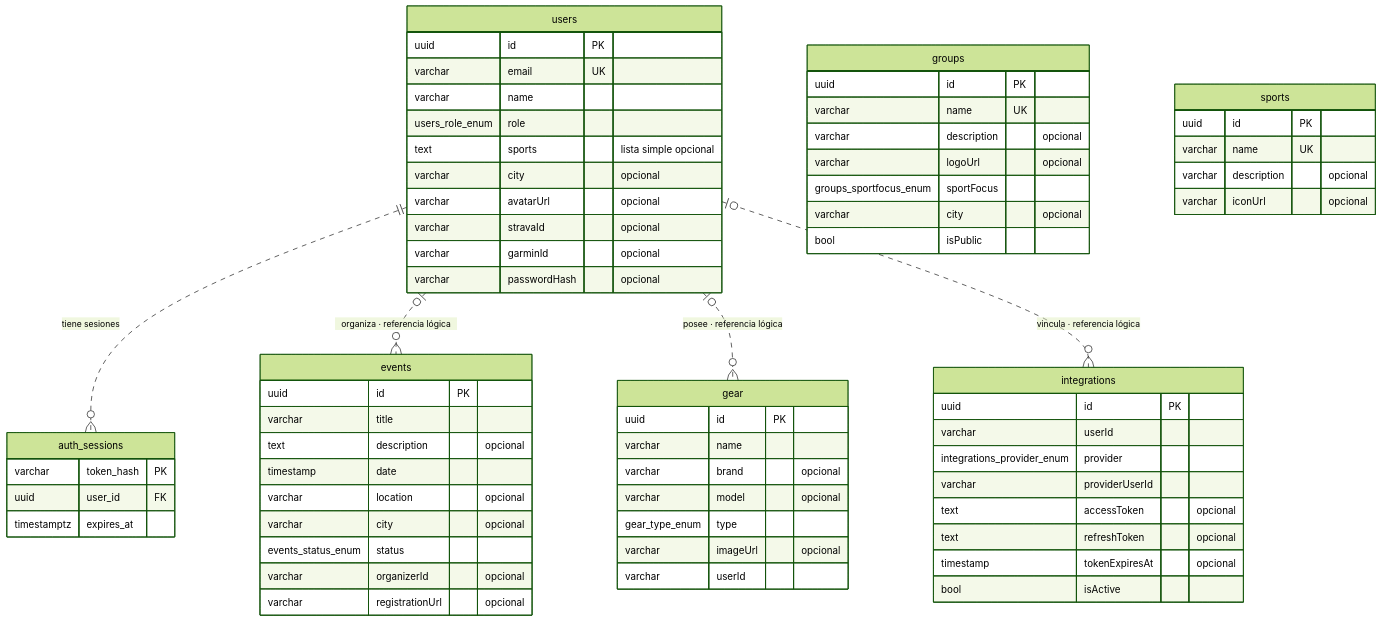
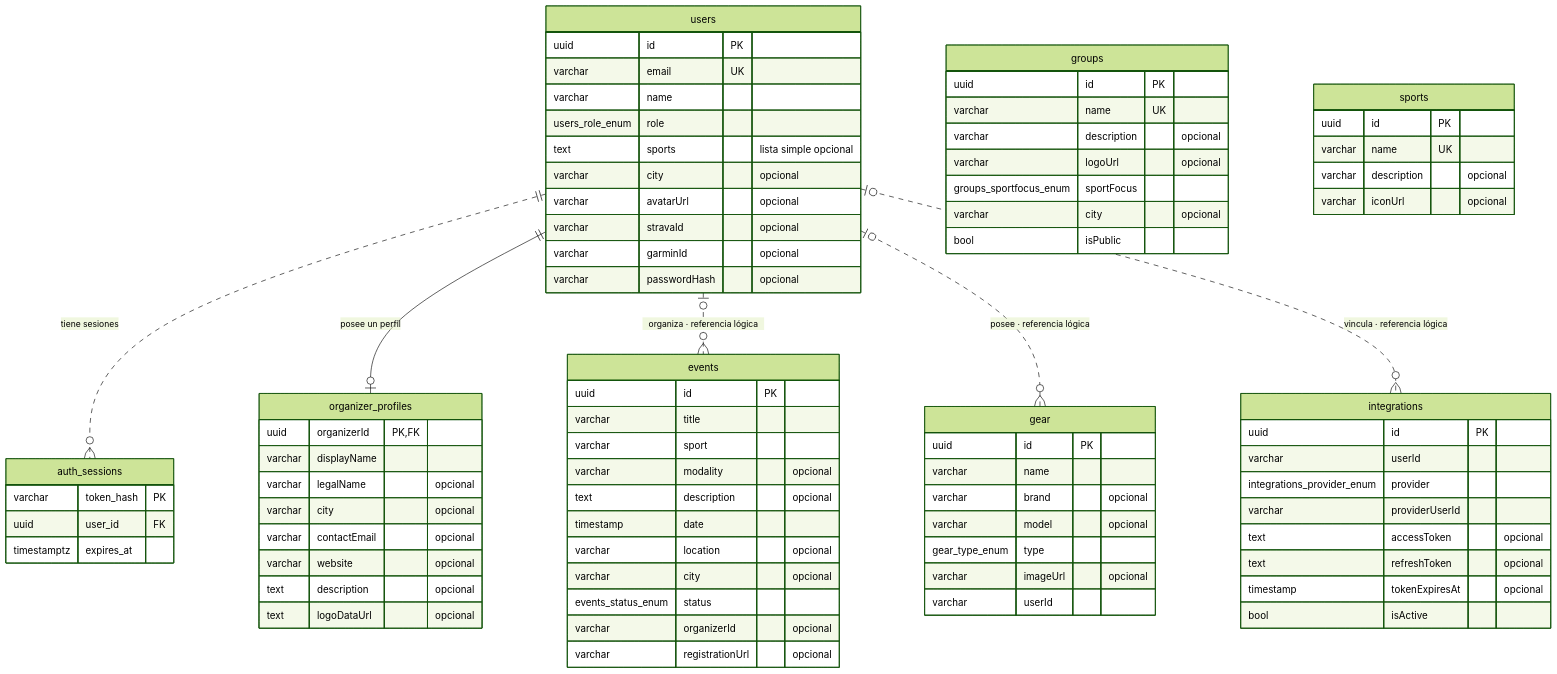
One commit to cliffdaniel/minka-platform changed the diagram in docs/diagramas/recursos/base-de-datos.mmd. Above: the diagram before and after it, drawn with Mermaid (forest theme). The commit also changed 5 other files, not shown here.

Commit message:
feat: integrate sports events and organizer profiles

```diff
--- a/docs/diagramas/recursos/base-de-datos.mmd
+++ b/docs/diagramas/recursos/base-de-datos.mmd
@@ -1,74 +1,88 @@
 erDiagram
     users ||..o{ auth_sessions : "tiene sesiones"
+    users ||--o| organizer_profiles : "posee un perfil"
     users |o..o{ events : "organiza · referencia lógica"
     users |o..o{ gear : "posee · referencia lógica"
     users |o..o{ integrations : "vincula · referencia lógica"
 
     users {
         uuid id PK
         varchar email UK
         varchar name
         users_role_enum role
         text sports "lista simple opcional"
         varchar city "opcional"
         varchar avatarUrl "opcional"
         varchar stravaId "opcional"
         varchar garminId "opcional"
         varchar passwordHash "opcional"
     }
 
     auth_sessions {
         varchar token_hash PK
         uuid user_id FK
         timestamptz expires_at
     }
 
+    organizer_profiles {
+        uuid organizerId PK,FK
+        varchar displayName
+        varchar legalName "opcional"
+        varchar city "opcional"
+        varchar contactEmail "opcional"
+        varchar website "opcional"
+        text description "opcional"
+        text logoDataUrl "opcional"
+    }
+
     events {
         uuid id PK
         varchar title
+        varchar sport
+        varchar modality "opcional"
         text description "opcional"
         timestamp date
         varchar location "opcional"
         varchar city "opcional"
         events_status_enum status
         varchar organizerId "opcional"
         varchar registrationUrl "opcional"
     }
 
     gear {
         uuid id PK
         varchar name
         varchar brand "opcional"
         varchar model "opcional"
         gear_type_enum type
         varchar imageUrl "opcional"
         varchar userId
     }
 
     integrations {
         uuid id PK
         varchar userId
         integrations_provider_enum provider
         varchar providerUserId
         text accessToken "opcional"
         text refreshToken "opcional"
         timestamp tokenExpiresAt "opcional"
         bool isActive
     }
 
     groups {
         uuid id PK
         varchar name UK
         varchar description "opcional"
         varchar logoUrl "opcional"
         groups_sportfocus_enum sportFocus
         varchar city "opcional"
         bool isPublic
     }
 
     sports {
         uuid id PK
         varchar name UK
         varchar description "opcional"
         varchar iconUrl "opcional"
     }
```
